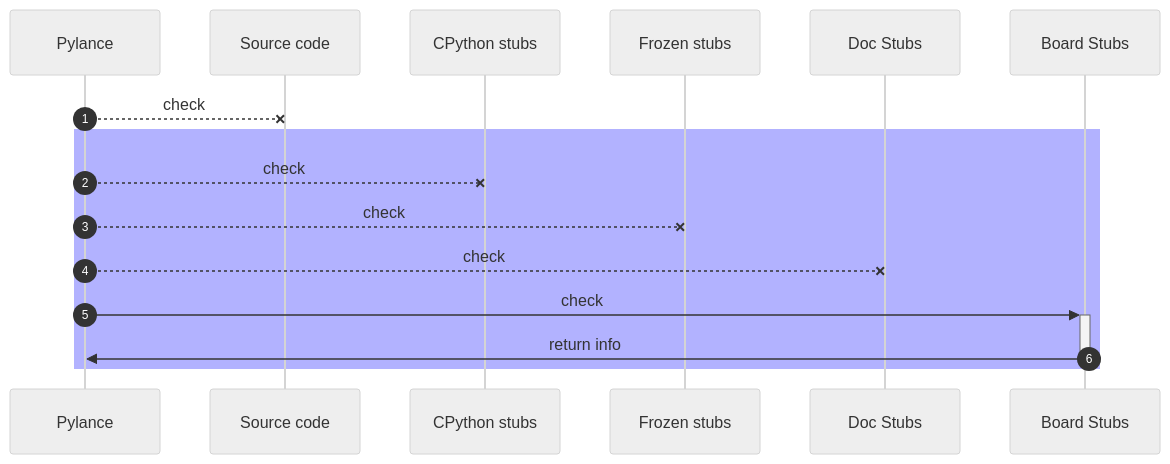
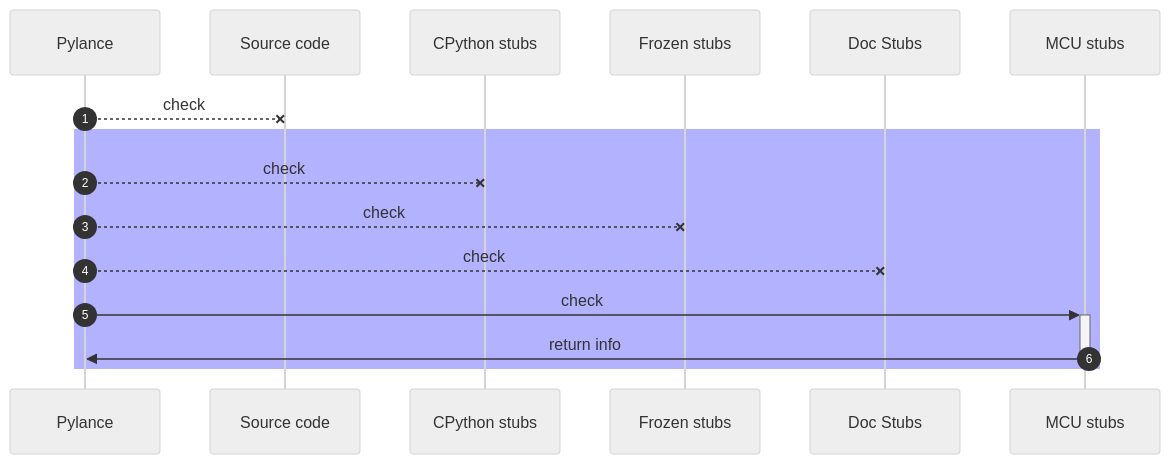
One commit to Josverl/micropython-stubs changed the second of 2 diagrams in docs/50_legacy.md. Above: the diagram before and after it, drawn with Mermaid (neutral theme). The commit also changed other lines of this file and 3 other files, not shown here.

````diff
--- a/docs/50_legacy.md
+++ b/docs/50_legacy.md
@@ -149,13 +158,13 @@
 ```{mermaid}
 sequenceDiagram
     participant Pylance
     autonumber
-    Pylance --x Source code: check 
+    Pylance --x Source code: check
     rect rgba(0, 0, 255, .3)
-    Pylance --x CPython stubs: check 
-    Pylance --x Frozen stubs: check 
-    Pylance --x Doc Stubs: check 
-    Pylance ->>+Board Stubs: check
-    Board Stubs ->>-Pylance: return info 
+    Pylance --x CPython stubs: check
+    Pylance --x Frozen stubs: check
+    Pylance --x Doc Stubs: check
+    Pylance ->>+MCU stubs: check
+    MCU stubs ->>-Pylance: return info
     end
 ```
````
